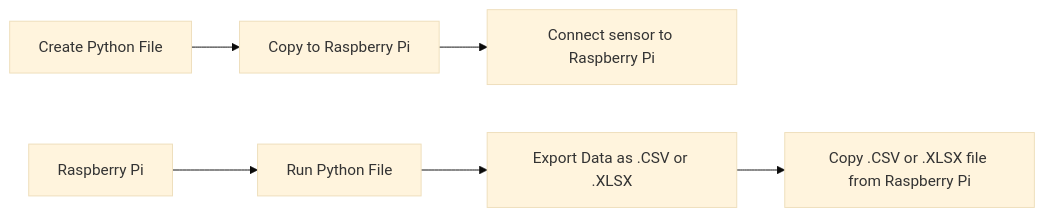
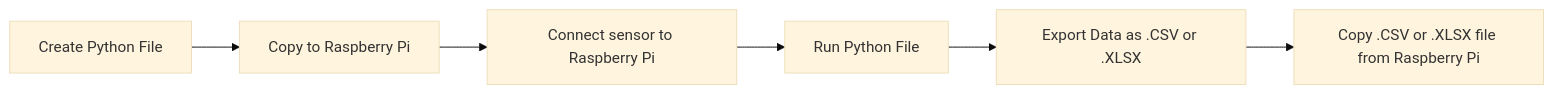
One commit to hleve/sensor_workshop changed the diagram in README.md. Above: the diagram before and after it, drawn with Mermaid (base theme).

````diff
--- a/README.md
+++ b/README.md
@@ -6,7 +6,7 @@
 ```mermaid
 graph LR;
 A[Create Python File] --> B[Copy to Raspberry Pi] -->C[Connect sensor to Raspberry Pi]
-D[Raspberry Pi] -->E[Run Python File]
-E --> F[Export Data as .CSV or .XLSX]
-F --> G[Copy .CSV or .XLSX file from Raspberry Pi]
+C --> D[Run Python File]
+D --> E[Export Data as .CSV or .XLSX]
+E --> F[Copy .CSV or .XLSX file from Raspberry Pi]
 ```
````
